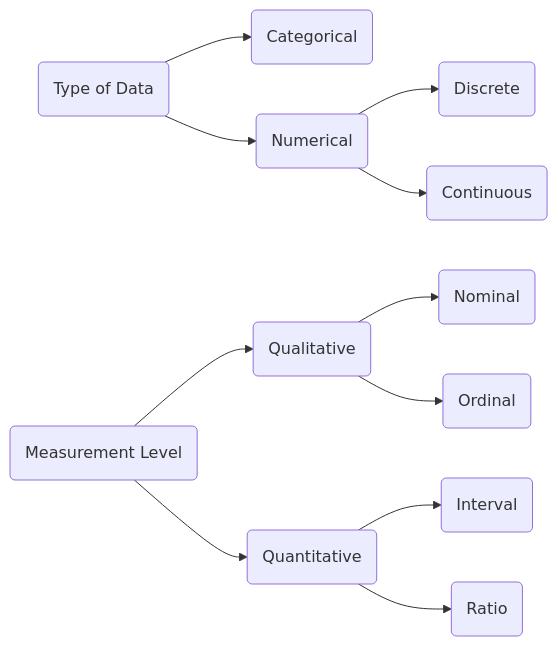
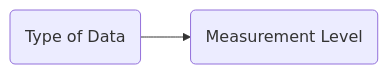
Before and after one commit to Garrik-Liu/my-notebook: the diagram in docs/数学/统计学/1.md, drawn with Mermaid. The commit also changed 667 other files, not shown here.

````diff
--- a/docs/数学/统计学/1.md
+++ b/docs/数学/统计学/1.md
@@ -106,24 +106,10 @@
 ```mermaid
 
 graph LR;
 
 A(Type of Data)
 B(Measurement Level)
-A1(Categorical)
-A2(Numerical)
-A21(Discrete)
-A22(Continuous)
-B1(Qualitative)
-B11(Nominal)
-B12(Ordinal)
-B2(Quantitative)
-B21(Interval)
-B22(Ratio)
 
-A --> A1;A --> A2
-A2 --> A21;A2 --> A22
-B --> B1;B --> B2
-B1 --> B11;B1 --> B12
-B2 --> B21;B2 --> B22
 
+A --> B
 ```
````
